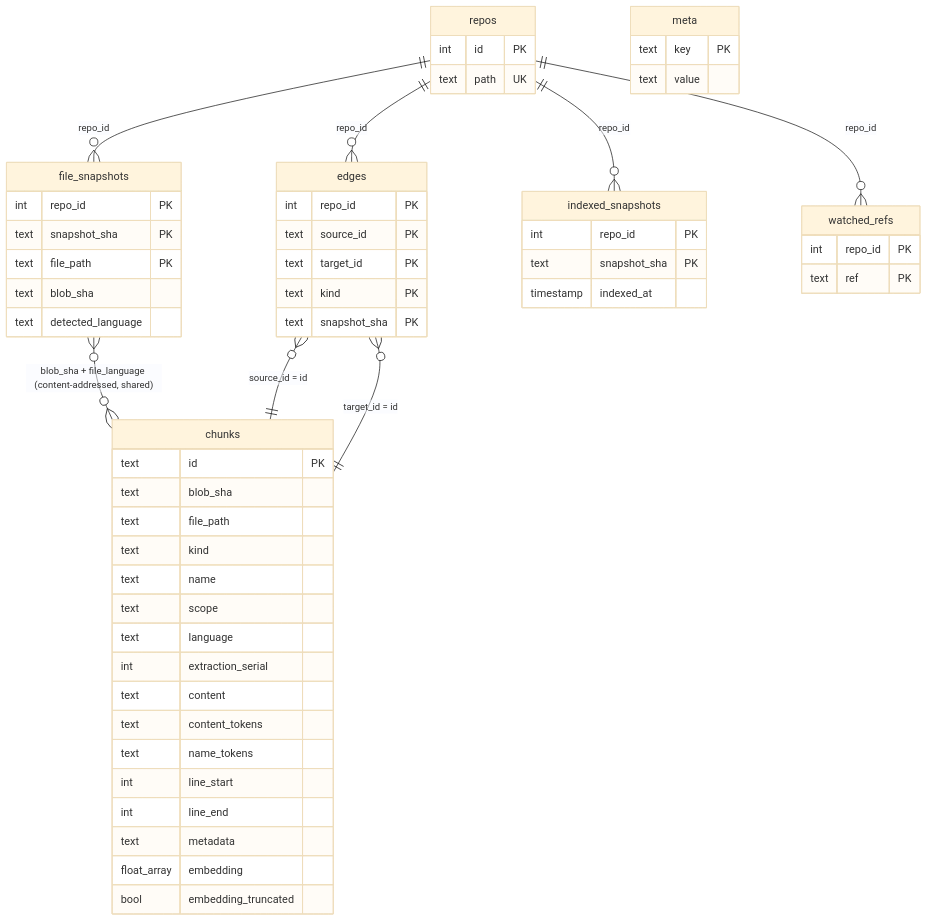
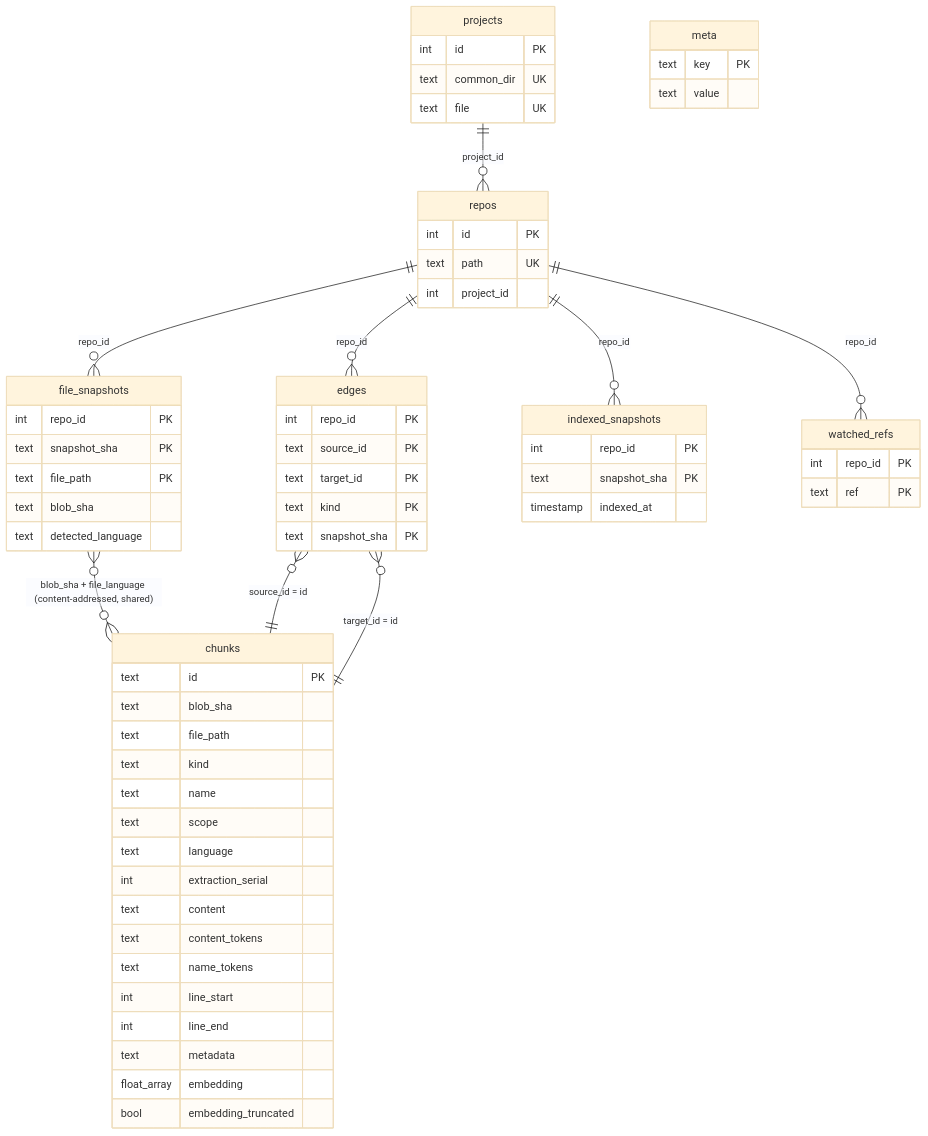
Before and after one commit to janrito/rbtr: the sixth of 7 diagrams in packages/rbtr/ARCHITECTURE.md, drawn with Mermaid (base theme). The commit also changed other lines of this file and 54 other files, not shown here.

````diff
--- a/packages/rbtr/ARCHITECTURE.md
+++ b/packages/rbtr/ARCHITECTURE.md
@@ -337,61 +423,68 @@
 ```mermaid
 erDiagram
+    projects ||--o{ repos : "project_id"
     repos ||--o{ file_snapshots : "repo_id"
     repos ||--o{ edges : "repo_id"
     repos ||--o{ indexed_snapshots : "repo_id"
     repos ||--o{ watched_refs : "repo_id"
 
     file_snapshots }o--o{ chunks : "blob_sha + file_language (content-addressed, shared)"
     edges }o--|| chunks : "source_id = id"
     edges }o--|| chunks : "target_id = id"
 
+    projects {
+        int id PK
+        text common_dir UK
+        text file UK
+    }
     repos {
         int id PK
         text path UK
+        int project_id
     }
     file_snapshots {
         int repo_id PK
         text snapshot_sha PK
         text file_path PK
         text blob_sha
         text detected_language
     }
     chunks {
         text id PK
         text blob_sha
         text file_path
         text kind
         text name
         text scope
         text language
         int extraction_serial
         text content
         text content_tokens
         text name_tokens
         int line_start
         int line_end
         text metadata
         float_array embedding
         bool embedding_truncated
     }
     edges {
         int repo_id PK
         text source_id PK
         text target_id PK
         text kind PK
         text snapshot_sha PK
     }
     indexed_snapshots {
         int repo_id PK
         text snapshot_sha PK
         timestamp indexed_at
     }
     watched_refs {
         int repo_id PK
         text ref PK
     }
     meta {
         text key PK
         text value
     }
 ```
````
